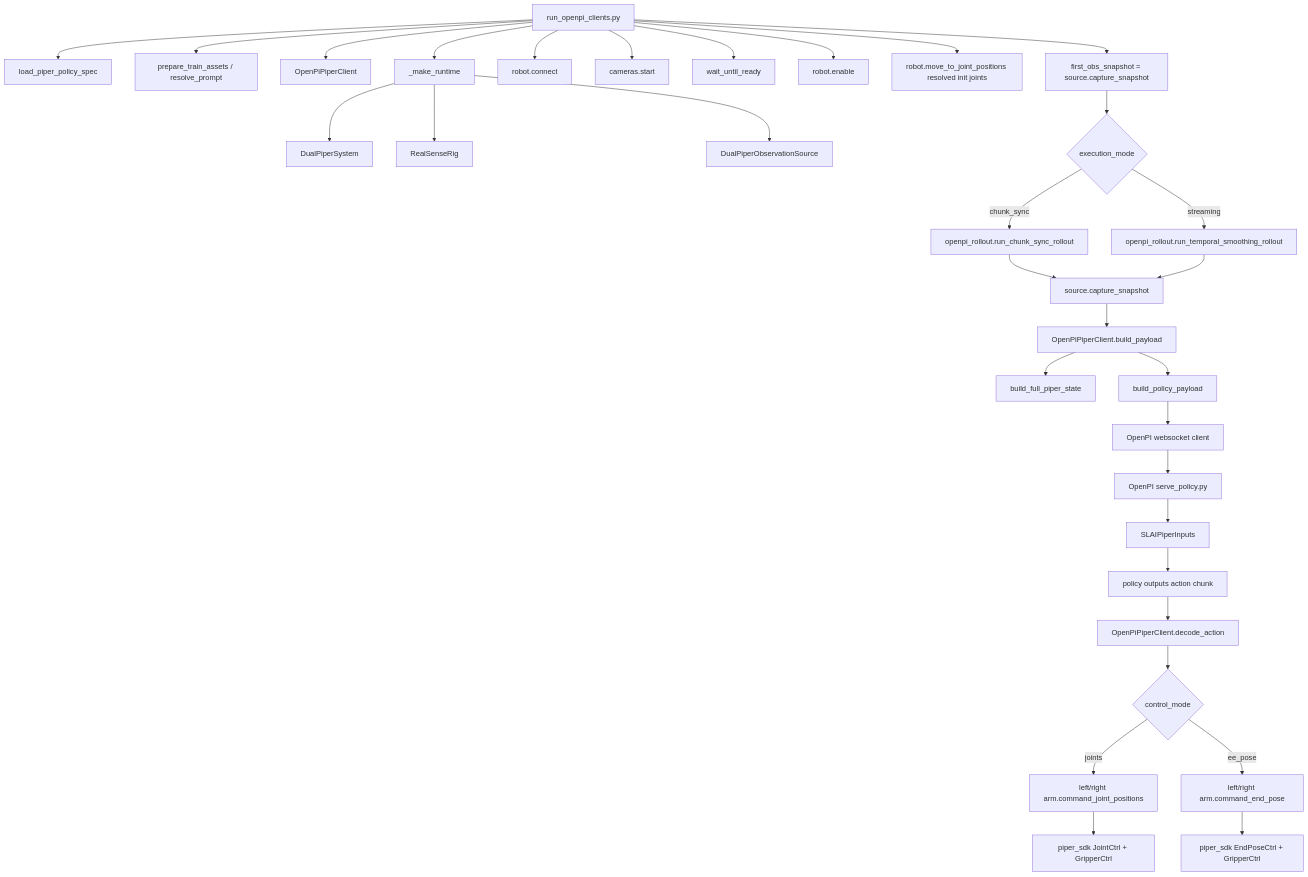
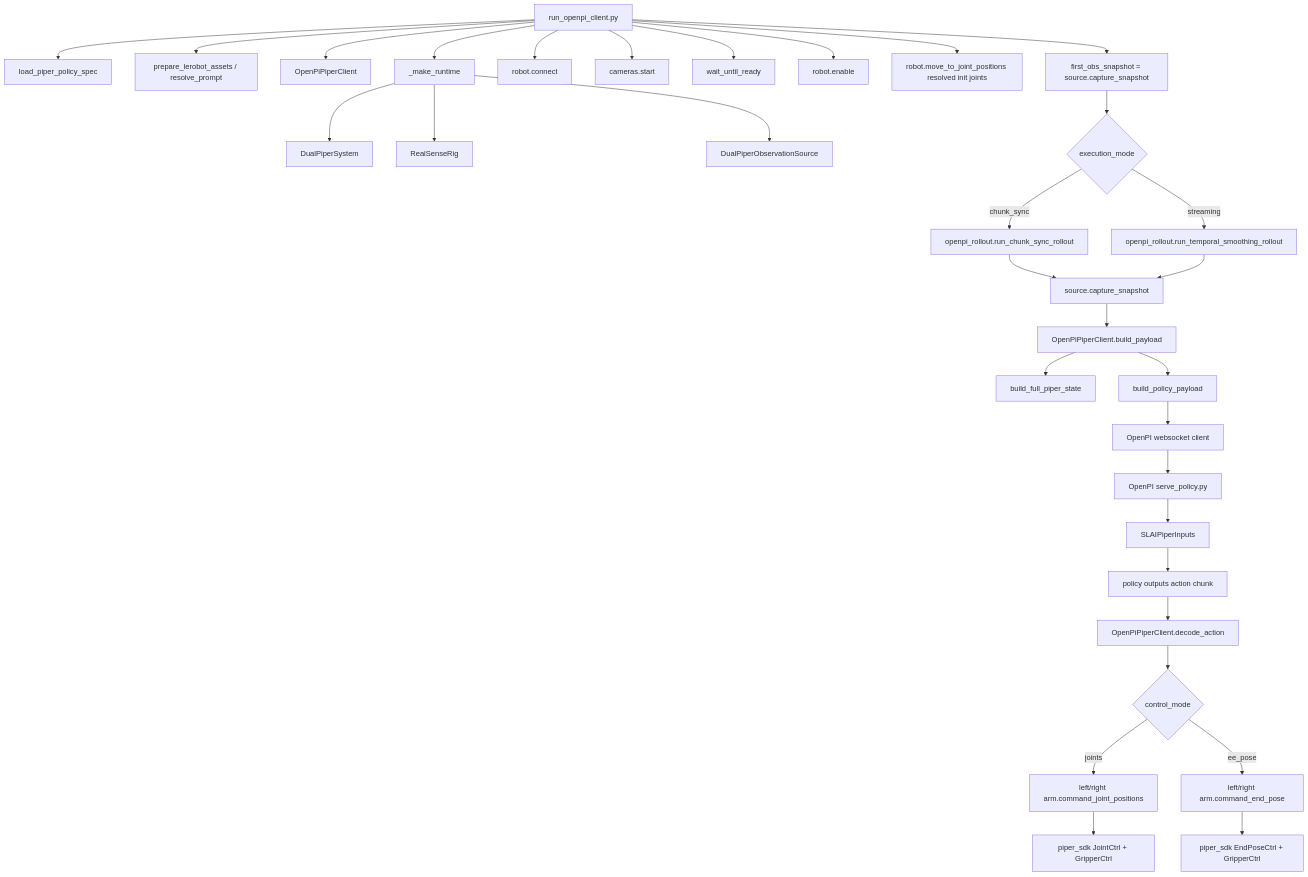
The second of 5 diagrams in docs/deploy_call_chain.md (ZhaoRunyi/challenge_deploy), drawn with Mermaid before and after one commit. The commit also changed other lines of this file and 6 other files, not shown here.

````diff
--- a/docs/deploy_call_chain.md
+++ b/docs/deploy_call_chain.md
@@ -61,40 +66,40 @@
 ```mermaid
 flowchart TD
-    A[run_openpi_clients.py] --> A1[load_piper_policy_spec]
-    A --> A2[prepare_train_assets / resolve_prompt]
+    A[run_openpi_client.py] --> A1[load_piper_policy_spec]
+    A --> A2[prepare_lerobot_assets / resolve_prompt]
     A --> A3[OpenPiPiperClient]
     A --> A4[_make_runtime]
 
     A4 --> A5[DualPiperSystem]
     A4 --> A6[RealSenseRig]
     A4 --> A7[DualPiperObservationSource]
 
     A --> A8[robot.connect]
     A --> A9[cameras.start]
     A --> A10[wait_until_ready]
     A --> A11[robot.enable]
     A --> A12[robot.move_to_joint_positions resolved init joints]
     A --> A13[first_obs_snapshot = source.capture_snapshot]
 
     A13 --> A14{execution_mode}
     A14 -->|chunk_sync| A15[openpi_rollout.run_chunk_sync_rollout]
     A14 -->|streaming| A16[openpi_rollout.run_temporal_smoothing_rollout]
 
     A15 --> A17[source.capture_snapshot]
     A16 --> A17
     A17 --> A18[OpenPiPiperClient.build_payload]
     A18 --> A19[build_full_piper_state]
     A18 --> A20[build_policy_payload]
     A20 --> A21[OpenPI websocket client]
     A21 --> A22[OpenPI serve_policy.py]
     A22 --> A23[SLAIPiperInputs]
     A23 --> A24[policy outputs action chunk]
 
     A24 --> A25[OpenPiPiperClient.decode_action]
     A25 --> A26{control_mode}
     A26 -->|joints| A27[left/right arm.command_joint_positions]
     A26 -->|ee_pose| A28[left/right arm.command_end_pose]
 
     A27 --> A29[piper_sdk JointCtrl + GripperCtrl]
     A28 --> A30[piper_sdk EndPoseCtrl + GripperCtrl]
 ```
````
